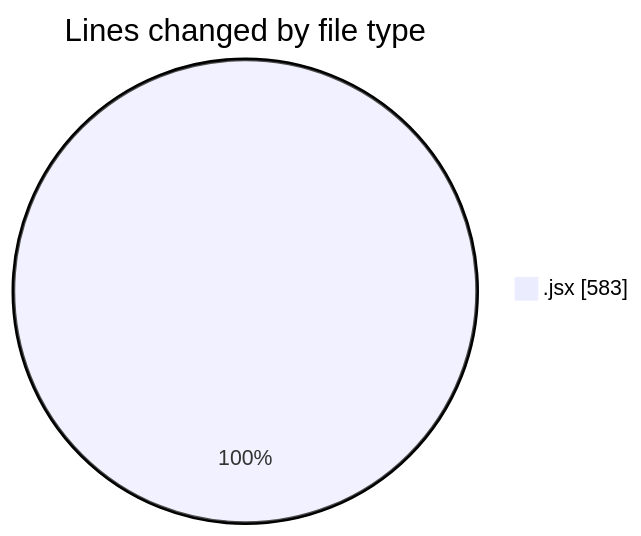
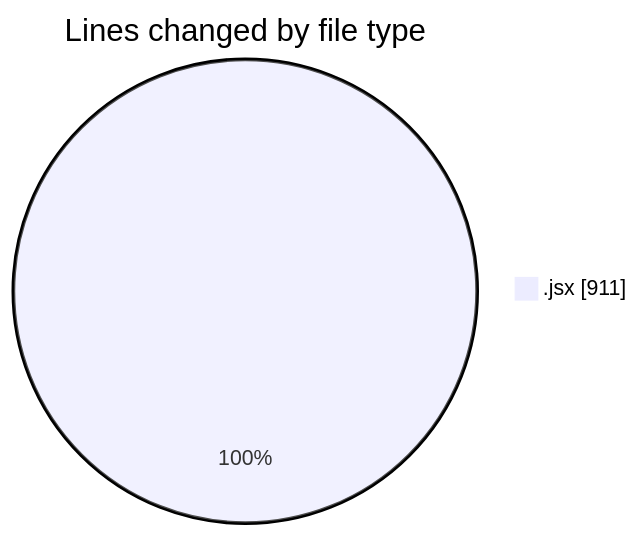
The first of 2 diagrams in 2025-07-10/argos/README.md (nxtqubesakshisongat/code-tracking), drawn with Mermaid before and after one commit. The commit also changed other lines of this file and 1 other file, not shown here.

````diff
--- a/2025-07-10/argos/README.md
+++ b/2025-07-10/argos/README.md
@@ -22,5 +22,5 @@
 ```mermaid
 pie showData
 title Lines changed by file type
-".jsx" : 583
+".jsx" : 911
 ```
````
